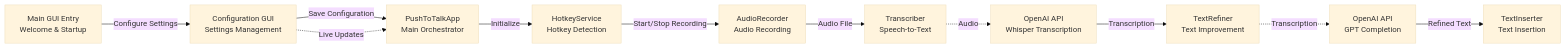
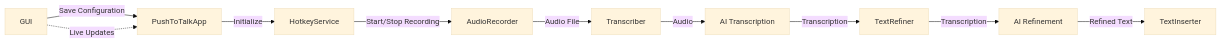
One commit to yixin0829/push-to-talk changed the diagram in README.md. Above: the diagram before and after it, drawn with Mermaid (base theme). The commit also changed other lines of this file and 8 other files, not shown here.

First line of the commit message:
feat: Implement persistent GUI configuration interface with real-time status management

````diff
--- a/README.md
+++ b/README.md
@@ -239,34 +239,20 @@
 ```mermaid
-graph LR
-    %% User Interface
-    GUI[Configuration GUI<br/>Settings Management]
-    MainGUI[Main GUI Entry<br/>Welcome & Startup]
-
-    %% Core Components
-    HotkeyService[HotkeyService<br/>Hotkey Detection]
-    AudioRecorder[AudioRecorder<br/>Audio Recording]
-    Transcriber[Transcriber<br/>Speech-to-Text]
-    TextRefiner[TextRefiner<br/>Text Improvement]
-    TextInserter[TextInserter<br/>Text Insertion]
-    PushToTalkApp[PushToTalkApp<br/>Main Orchestrator]
-
-    %% Configuration Flow
-    MainGUI -->|"Configure Settings"| GUI
+flowchart LR
     GUI -->|"Save Configuration"| PushToTalkApp
 
     %% Main Flow
     PushToTalkApp -->|"Initialize"| HotkeyService
     HotkeyService -->|"Start/Stop Recording"| AudioRecorder
     AudioRecorder -->|"Audio File"| Transcriber
+    Transcriber -->|"Audio"| AI_Transcription
+    TextRefiner -->|"Transcription"| AI_Refinement
 
     %% External Services
-    OpenAITranscription[OpenAI API<br/>Whisper Transcription]
-    OpenAICompletion[OpenAI API<br/>GPT Completion]
-    Transcriber -.->|"Audio"| OpenAITranscription
-    OpenAITranscription -->|"Transcription"| TextRefiner
-    TextRefiner -.->|"Transcription"| OpenAICompletion
-    OpenAICompletion -->|"Refined Text"| TextInserter
+    AI_Transcription[AI Transcription]
+    AI_Refinement[AI Refinement]
+    AI_Transcription -->|"Transcription"| TextRefiner
+    AI_Refinement -->|"Refined Text"| TextInserter
 
     %% Dynamic Updates
     GUI -.->|"Live Updates"| PushToTalkApp
 ```
````
